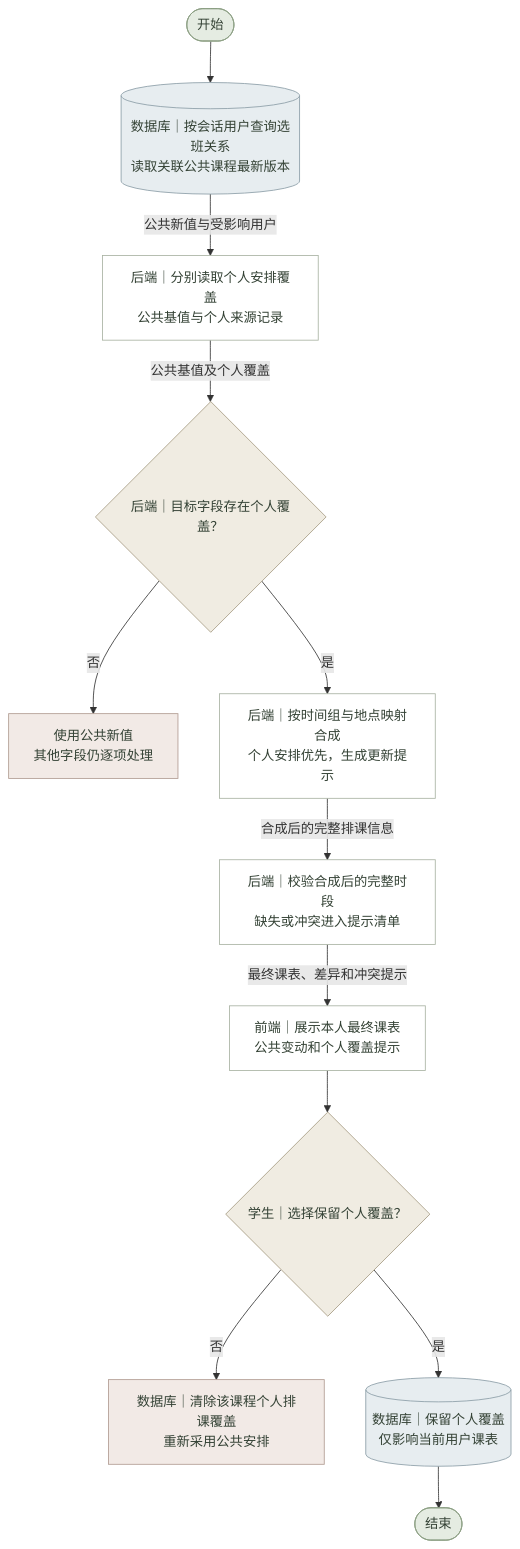
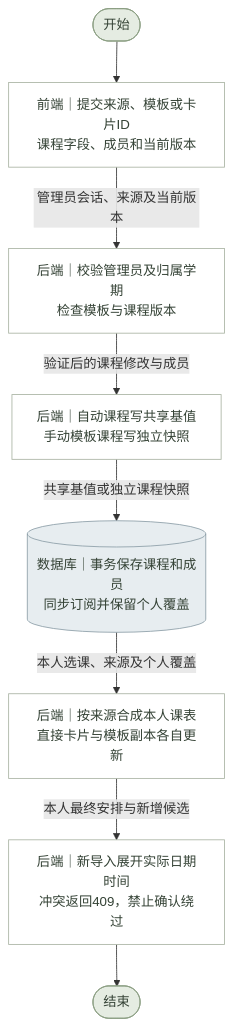
One commit to lichen-lc123/class-assistant changed the diagram in 需求文档/课表功能/流程图源文件/系统流程图/个人优先与公共同步.mmd. Above: the diagram before and after it, drawn with Mermaid. The commit also changed 149 other files, not shown here.

```diff
--- a/需求文档/课表功能/流程图源文件/系统流程图/个人优先与公共同步.mmd
+++ b/需求文档/课表功能/流程图源文件/系统流程图/个人优先与公共同步.mmd
@@ -1,42 +1,30 @@
 %% 个人优先与公共同步 · 系统流程图 · V1.0 · 2026-11-02
 flowchart TD
     N0(["开始"])
-    N1[("数据库｜按会话用户查询选班关系<br/>读取关联公共课程最新版本")]
-    N2["后端｜分别读取个人安排覆盖<br/>公共基值与个人来源记录"]
-    N3{"后端｜目标字段存在个人覆盖？"}
-    B3["使用公共新值<br/>其他字段仍逐项处理"]
-    N4["后端｜按时间组与地点映射合成<br/>个人安排优先，生成更新提示"]
-    N5["后端｜校验合成后的完整时段<br/>缺失或冲突进入提示清单"]
-    N6["前端｜展示本人最终课表<br/>公共变动和个人覆盖提示"]
-    N7{"学生｜选择保留个人覆盖？"}
-    B7["数据库｜清除该课程个人排课覆盖<br/>重新采用公共安排"]
-    N8[("数据库｜保留个人覆盖<br/>仅影响当前用户课表")]
-    N9(["结束"])
+    N1["前端｜提交来源、模板或卡片ID<br/>课程字段、成员和当前版本"]
+    N2["后端｜校验管理员及归属学期<br/>检查模板与课程版本"]
+    N3["后端｜自动课程写共享基值<br/>手动模板课程写独立快照"]
+    N4[("数据库｜事务保存课程和成员<br/>同步订阅并保留个人覆盖")]
+    N5["后端｜按来源合成本人课表<br/>直接卡片与模板副本各自更新"]
+    N6["后端｜新导入展开实际日期时间<br/>冲突返回409，禁止确认绕过"]
+    N7(["结束"])
     N0 --> N1
-    N1 -->|公共新值与受影响用户| N2
-    N2 -->|公共基值及个人覆盖| N3
-    N3 -->|否| B3
-    N3 -->|是| N4
-    N4 -->|合成后的完整排课信息| N5
-    N5 -->|最终课表、差异和冲突提示| N6
+    N1 -->|管理员会话、来源及当前版本| N2
+    N2 -->|验证后的课程修改与成员| N3
+    N3 -->|共享基值或独立课程快照| N4
+    N4 -->|本人选课、来源及个人覆盖| N5
+    N5 -->|本人最终安排与新增候选| N6
     N6 --> N7
-    N7 -->|否| B7
-    N7 -->|是| N8
-    N8 --> N9
     classDef normal fill:#FFFFFF,stroke:#A8B2A2,color:#344235;
     classDef decision fill:#F0ECE2,stroke:#A69B83,color:#344235;
     classDef terminal fill:#E5ECE2,stroke:#8A9D82,color:#344235;
     classDef exception fill:#F2EAE6,stroke:#B09B91,color:#344235;
     classDef database fill:#E7EDF0,stroke:#8A9CA6,color:#344235;
     class N0 terminal;
-    class N1 database;
+    class N1 normal;
     class N2 normal;
-    class N3 decision;
-    class B3 exception;
-    class N4 normal;
+    class N3 normal;
+    class N4 database;
     class N5 normal;
     class N6 normal;
-    class N7 decision;
-    class B7 exception;
-    class N8 database;
-    class N9 terminal;
+    class N7 terminal;
```
